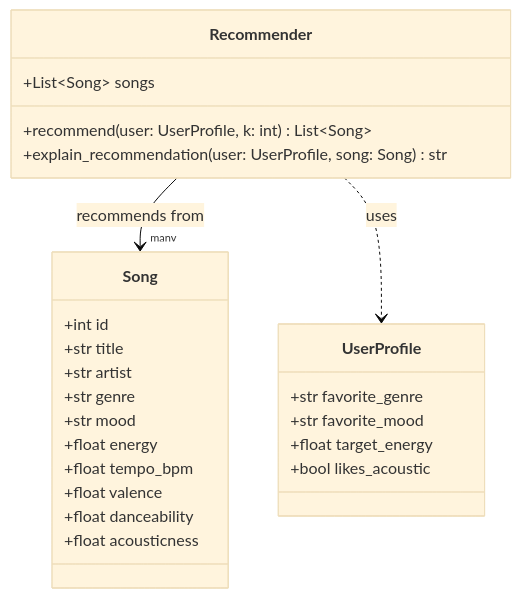
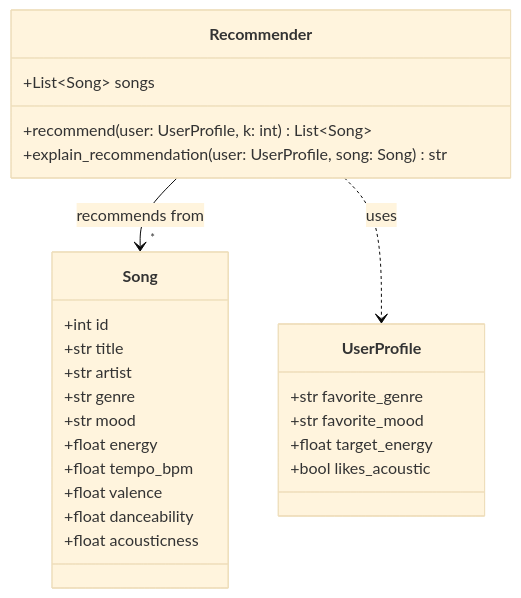
Before and after one commit to avantea/ai110-module3show-musicrecommendersimulation-starter: the diagram in diagrams/diagrams/uml_draft.mmd, drawn with Mermaid (base theme). The commit also changed 2 other files, not shown here.

```diff
--- a/diagrams/diagrams/uml_draft.mmd
+++ b/diagrams/diagrams/uml_draft.mmd
@@ -1,29 +1,29 @@
 classDiagram
     class Song {
         +int id
         +str title
         +str artist
         +str genre
         +str mood
         +float energy
         +float tempo_bpm
         +float valence
         +float danceability
         +float acousticness
     }
 
     class UserProfile {
         +str favorite_genre
         +str favorite_mood
         +float target_energy
         +bool likes_acoustic
     }
 
     class Recommender {
         +List~Song~ songs
         +recommend(user: UserProfile, k: int) List~Song~
         +explain_recommendation(user: UserProfile, song: Song) str
     }
 
-    Recommender --> "many" Song : recommends from
+    Recommender --> "*" Song : recommends from
     Recommender ..> UserProfile : uses
```
